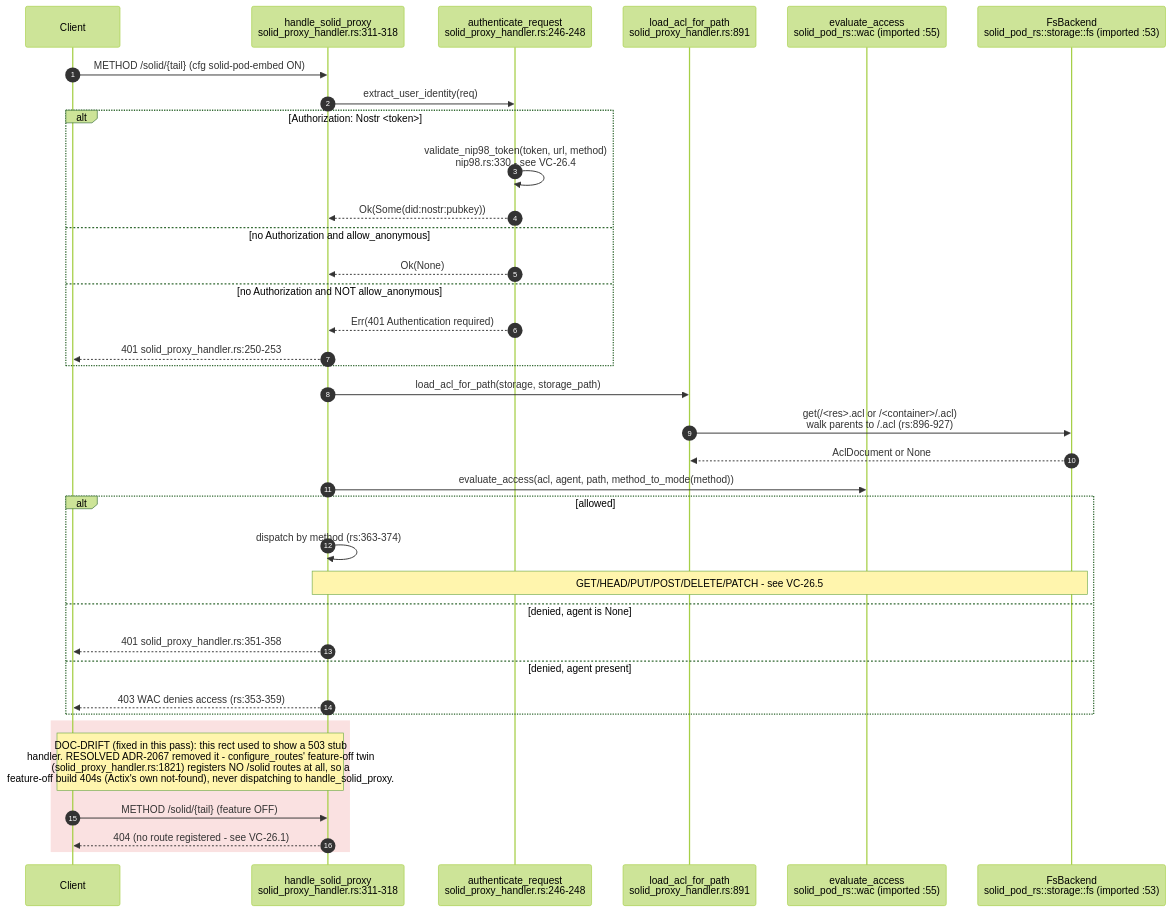
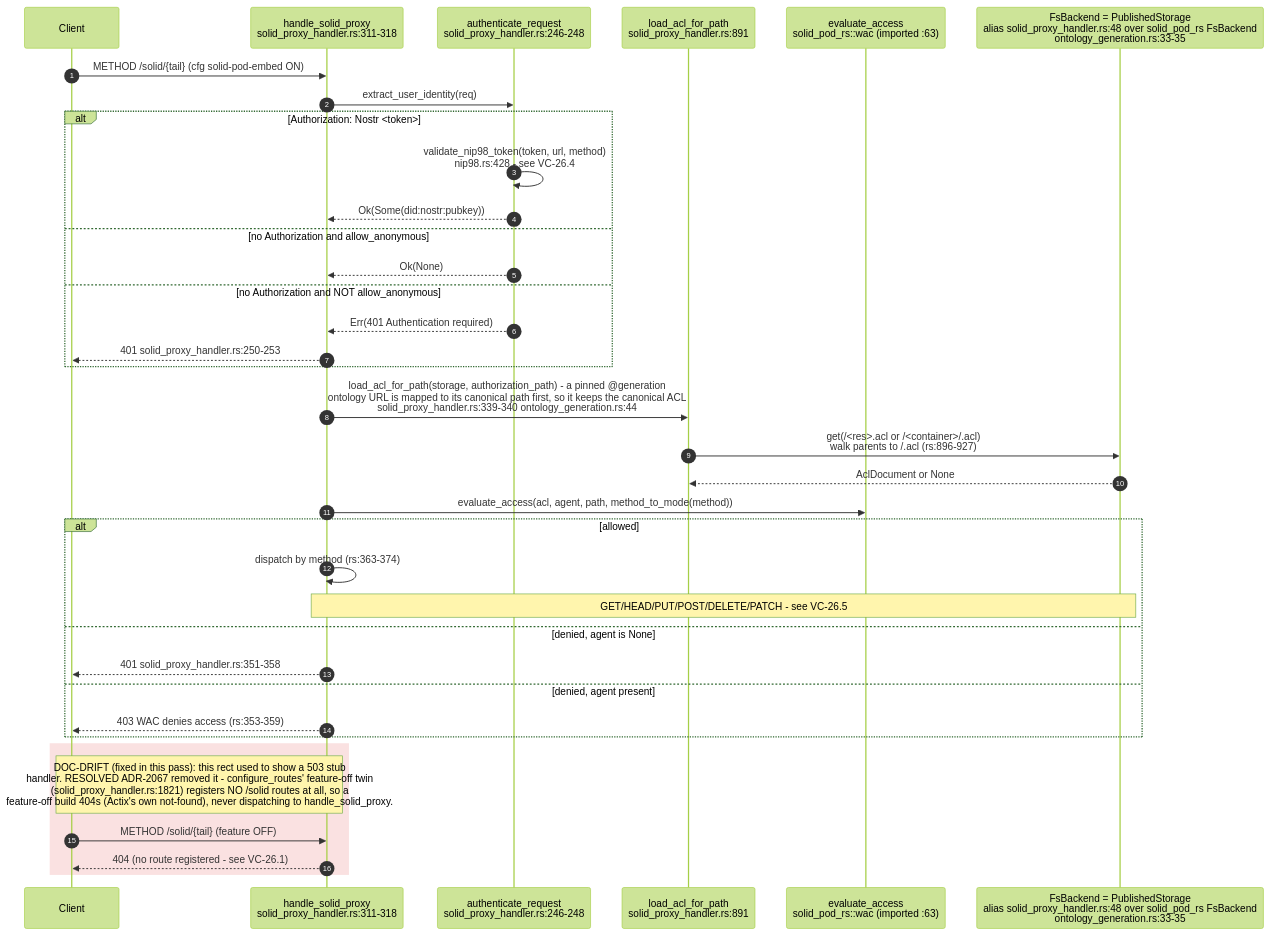
The second of 13 diagrams in docs/diagrams/visionclaw/26-solid-pod-and-jss.md (DreamLab-AI/VisionFlow), drawn with Mermaid (forest theme) before and after one commit. The commit also changed other lines of this file and 173 other files, not shown here.

````diff
--- a/docs/diagrams/visionclaw/26-solid-pod-and-jss.md
+++ b/docs/diagrams/visionclaw/26-solid-pod-and-jss.md
@@ -87,40 +87,40 @@
 ```mermaid
 sequenceDiagram
     autonumber
     participant C as Client
     participant H as handle_solid_proxy<br/>solid_proxy_handler.rs:311-318
     participant AUTH as authenticate_request<br/>solid_proxy_handler.rs:246-248
     participant ACL as load_acl_for_path<br/>solid_proxy_handler.rs:891
-    participant WAC as evaluate_access<br/>solid_pod_rs::wac (imported :55)
-    participant FS as FsBackend<br/>solid_pod_rs::storage::fs (imported :53)
+    participant WAC as evaluate_access<br/>solid_pod_rs::wac (imported :63)
+    participant FS as FsBackend = PublishedStorage<br/>alias solid_proxy_handler.rs:48 over solid_pod_rs FsBackend<br/>ontology_generation.rs:33-35
 
     C->>H: METHOD /solid/{tail} (cfg solid-pod-embed ON)
     H->>AUTH: extract_user_identity(req)
     alt Authorization: Nostr <token>
-        AUTH->>AUTH: validate_nip98_token(token, url, method)<br/>nip98.rs:330 - see VC-26.4
+        AUTH->>AUTH: validate_nip98_token(token, url, method)<br/>nip98.rs:428 - see VC-26.4
         AUTH-->>H: Ok(Some(did:nostr:pubkey))
     else no Authorization and allow_anonymous
         AUTH-->>H: Ok(None)
     else no Authorization and NOT allow_anonymous
         AUTH-->>H: Err(401 Authentication required)
         H-->>C: 401 solid_proxy_handler.rs:250-253
     end
-    H->>ACL: load_acl_for_path(storage, storage_path)
+    H->>ACL: load_acl_for_path(storage, authorization_path) - a pinned @generation<br/>ontology URL is mapped to its canonical path first, so it keeps the canonical ACL<br/>solid_proxy_handler.rs:339-340 ontology_generation.rs:44
     ACL->>FS: get(/<res>.acl or /<container>/.acl)<br/>walk parents to /.acl (rs:896-927)
     FS-->>ACL: AclDocument or None
     H->>WAC: evaluate_access(acl, agent, path, method_to_mode(method))
     alt allowed
         H->>H: dispatch by method (rs:363-374)
         Note over H,FS: GET/HEAD/PUT/POST/DELETE/PATCH - see VC-26.5
     else denied, agent is None
         H-->>C: 401 solid_proxy_handler.rs:351-358
     else denied, agent present
         H-->>C: 403 WAC denies access (rs:353-359)
     end
 
     rect rgb(250,225,225)
     Note over C,H: DOC-DRIFT (fixed in this pass): this rect used to show a 503 stub<br/>handler. RESOLVED ADR-2067 removed it - configure_routes' feature-off twin<br/>(solid_proxy_handler.rs:1821) registers NO /solid routes at all, so a<br/>feature-off build 404s (Actix's own not-found), never dispatching to handle_solid_proxy.
     C->>H: METHOD /solid/{tail} (feature OFF)
     H-->>C: 404 (no route registered - see VC-26.1)
     end
 ```
````
